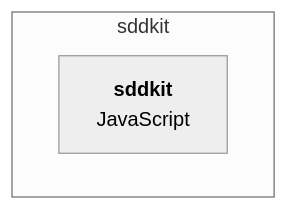
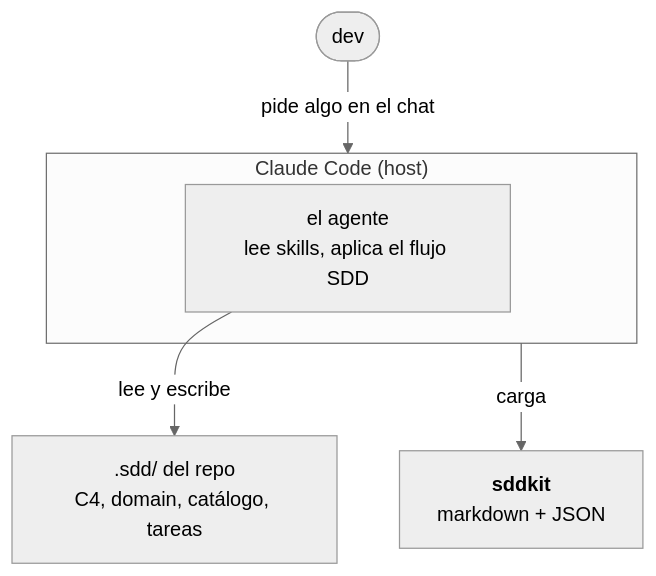
The diagram in .sdd/c4/containers.md (ezepaskana/sddkit), drawn with Mermaid (neutral theme) before and after one commit. The commit also changed other lines of this file and 194 other files, not shown here.

First line of the commit message:
sddkit como plugin de Claude Code: C4 vivo, artefactos en terminal y hooks (#28)

````diff
--- a/.sdd/c4/containers.md
+++ b/.sdd/c4/containers.md
@@ -11,8 +10,9 @@
 ```mermaid
 flowchart TB
-  subgraph sistema["sddkit"]
-    app["<b>sddkit</b><br/>JavaScript"]
+  dev(["dev"]) -- pide algo en el chat --> cc
+  subgraph cc["Claude Code (host)"]
+    agente["el agente<br/>lee skills, aplica el flujo SDD"]
   end
-
-
+  cc -- carga --> plugin["<b>sddkit</b><br/>markdown + JSON"]
+  agente -- lee y escribe --> repo[".sdd/ del repo<br/>C4, domain, catálogo, tareas"]
 ```
````
